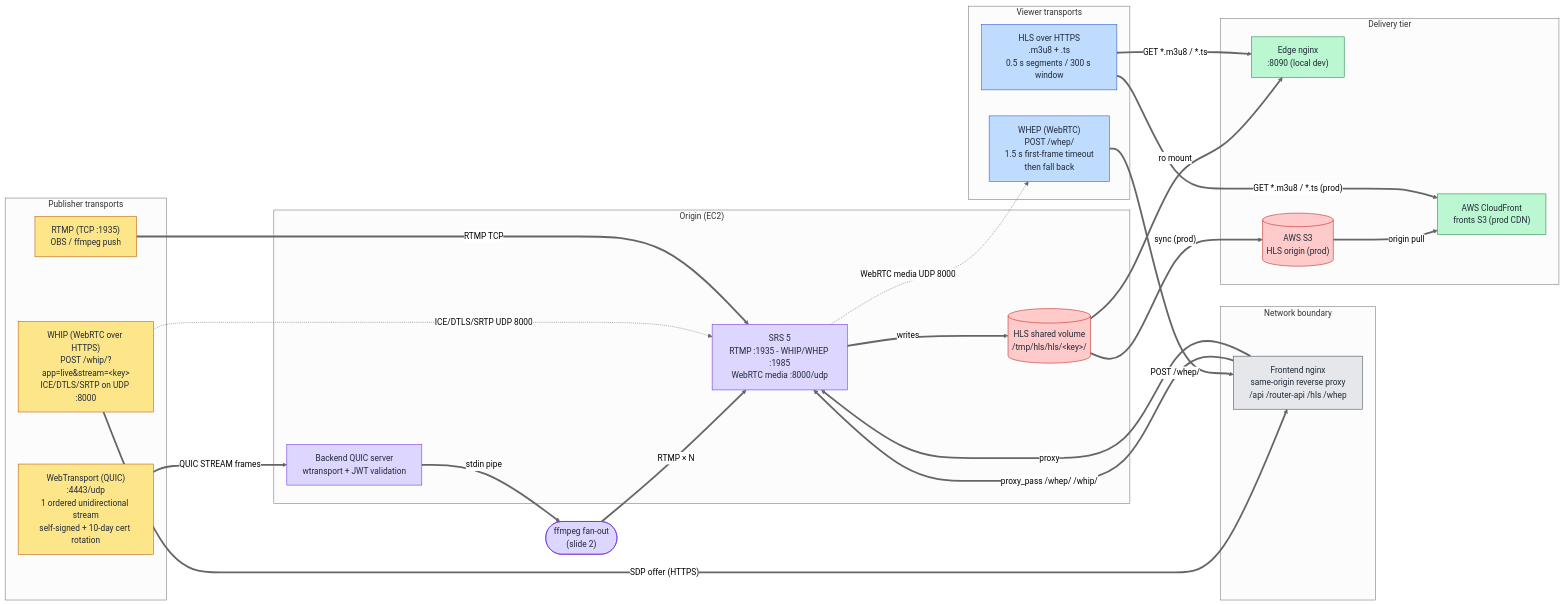
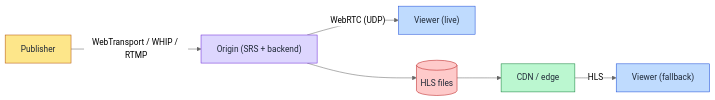
Before and after one commit to Dakotahernandez/fidget-livestreaming: the third of 4 diagrams in docs/slides_diagrams.md, drawn with Mermaid (neutral theme). The commit also changed other lines of this file, not shown here.

````diff
--- a/docs/slides_diagrams.md
+++ b/docs/slides_diagrams.md
@@ -147,65 +47,19 @@
 ```mermaid
 flowchart LR
-    subgraph PUB["Publisher transports"]
-        WT["WebTransport (QUIC)<br/>:4443/udp<br/>1 ordered unidirectional stream<br/>self-signed + 10-day cert rotation"]
-        WHIP["WHIP (WebRTC over HTTPS)<br/>POST /whip/?app=live&stream=&lt;key&gt;<br/>ICE/DTLS/SRTP on UDP :8000"]
-        RTMP["RTMP (TCP :1935)<br/>OBS / ffmpeg push"]
-    end
-
-    subgraph EDGE_NET["Network boundary"]
-        FE["Frontend nginx<br/>same-origin reverse proxy<br/>/api  /router-api  /hls  /whep"]
-    end
-
-    subgraph ORIGIN["Origin (EC2)"]
-        QUIC["Backend QUIC server<br/>wtransport + JWT validation"]
-        SRS["SRS 5<br/>RTMP :1935 - WHIP/WHEP :1985<br/>WebRTC media :8000/udp"]
-        HLSVOL[("HLS shared volume<br/>/tmp/hls/hls/&lt;key&gt;/")]
-    end
-
-    subgraph VIEWER["Viewer transports"]
-        WHEP["WHEP (WebRTC)<br/>POST /whep/<br/>1.5 s first-frame timeout<br/>then fall back"]
-        HLS["HLS over HTTPS<br/>.m3u8 + .ts<br/>0.5 s segments / 300 s window"]
-    end
-
-    subgraph DELIVERY["Delivery tier"]
-        EDGENGINX["Edge nginx<br/>:8090 (local dev)"]
-        S3[("AWS S3<br/>HLS origin (prod)")]
-        CF["AWS CloudFront<br/>fronts S3 (prod CDN)"]
-    end
-
-    WT == "QUIC STREAM frames" ==> QUIC
-    QUIC == "stdin pipe" ==> RTMPFAN(["ffmpeg fan-out<br/>(slide 2)"])
-    RTMPFAN == "RTMP × N" ==> SRS
-
-    WHIP == "SDP offer (HTTPS)" ==> FE
-    FE == "proxy_pass /whep/ /whip/" ==> SRS
-    WHIP -. "ICE/DTLS/SRTP UDP 8000" .-> SRS
-
-    RTMP == "RTMP TCP" ==> SRS
-
-    SRS == "writes" ==> HLSVOL
-    HLSVOL == "ro mount" ==> EDGENGINX
-    HLSVOL == "sync (prod)" ==> S3
-    S3 == "origin pull" ==> CF
-
-    WHEP == "POST /whep/" ==> FE
-    FE == "proxy" ==> SRS
-    SRS -. "WebRTC media UDP 8000" .-> WHEP
-
-    HLS == "GET *.m3u8 / *.ts" ==> EDGENGINX
-    HLS == "GET *.m3u8 / *.ts (prod)" ==> CF
+    PUB["Publisher"] -->|"WebTransport / WHIP / RTMP"| ORIGIN["Origin (SRS + backend)"]
+    ORIGIN -->|"WebRTC (UDP)"| WHEP["Viewer (live)"]
+    ORIGIN --> HLSV[("HLS files")]
+    HLSV --> CDN["CDN / edge"]
+    CDN -->|"HLS"| HLSP["Viewer (fallback)"]
 
     classDef pub fill:#fde68a,stroke:#b45309,color:#1f2937;
-    classDef net fill:#e5e7eb,stroke:#374151,color:#1f2937;
     classDef ori fill:#ddd6fe,stroke:#6d28d9,color:#1f2937;
     classDef view fill:#bfdbfe,stroke:#1d4ed8,color:#1f2937;
+    classDef store fill:#fecaca,stroke:#b91c1c,color:#1f2937;
     classDef del fill:#bbf7d0,stroke:#15803d,color:#1f2937;
-    classDef store fill:#fecaca,stroke:#b91c1c,color:#1f2937;
-
-    class WT,WHIP,RTMP pub;
-    class FE net;
-    class QUIC,SRS,RTMPFAN ori;
-    class WHEP,HLS view;
-    class EDGENGINX,CF del;
-    class HLSVOL,S3 store;
+    class PUB pub;
+    class ORIGIN ori;
+    class WHEP,HLSP view;
+    class HLSV store;
+    class CDN del;
 ```
````
